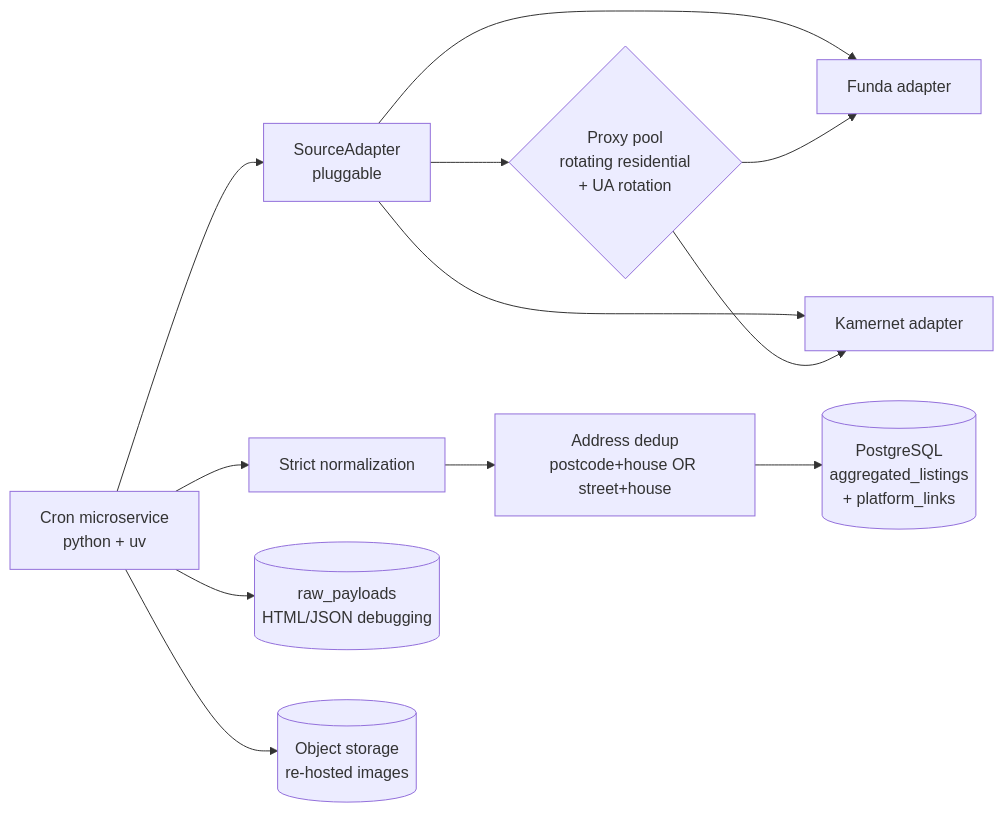
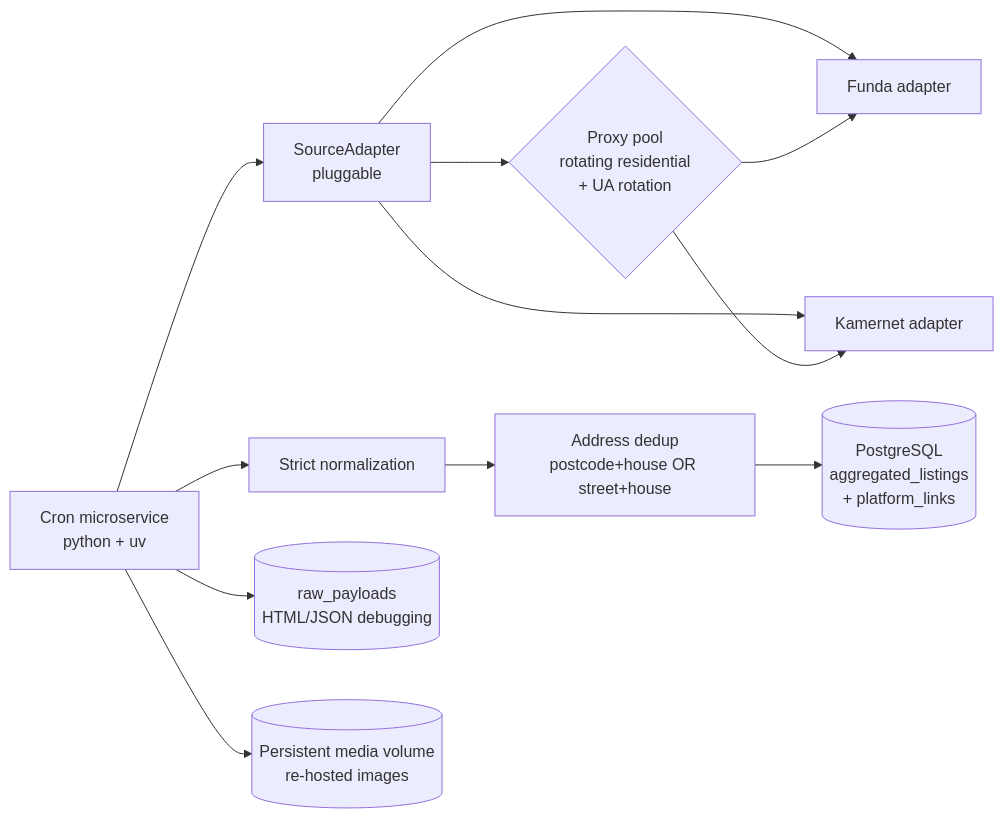
Before and after one commit to Rubinjo/zelf-wonen: the fourth of 4 diagrams in web/docs/architecture.md, drawn with Mermaid. The commit also changed other lines of this file and 125 other files, not shown here.

````diff
--- a/web/docs/architecture.md
+++ b/web/docs/architecture.md
@@ -159,14 +148,14 @@
 ```mermaid
 flowchart LR
   Cron[Cron microservice\npython + uv] --> Adapter[SourceAdapter\npluggable]
   Adapter --> Funda[Funda adapter]
   Adapter --> Kamernet[Kamernet adapter]
   Adapter --> Proxy{Proxy pool\nrotating residential\n+ UA rotation}
   Proxy --> Funda
   Proxy --> Kamernet
   Cron --> Normalize[Strict normalization]
   Normalize --> Dedup[Address dedup\npostcode+house OR street+house]
   Dedup --> PG[(PostgreSQL\naggregated_listings\n+ platform_links)]
   Cron --> Raw[(raw_payloads\nHTML/JSON debugging)]
-  Cron --> Storage[(Object storage\nre-hosted images)]
+  Cron --> Storage[(Persistent media volume\nre-hosted images)]
 ```
````
